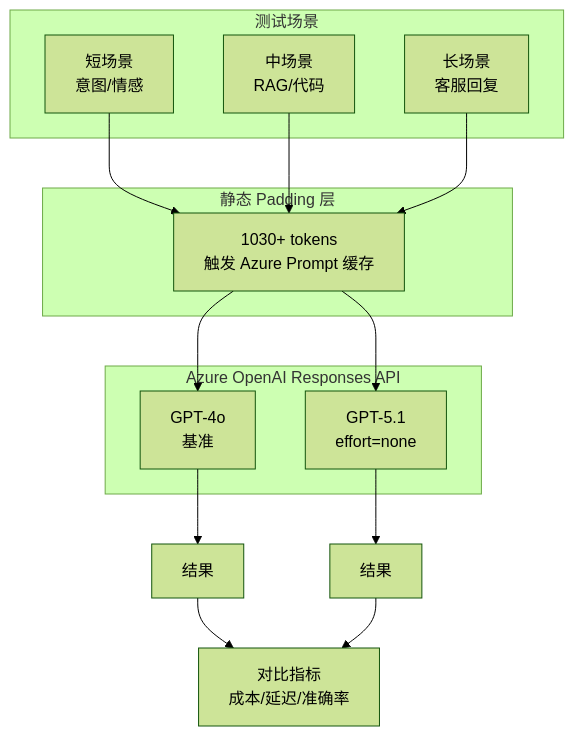
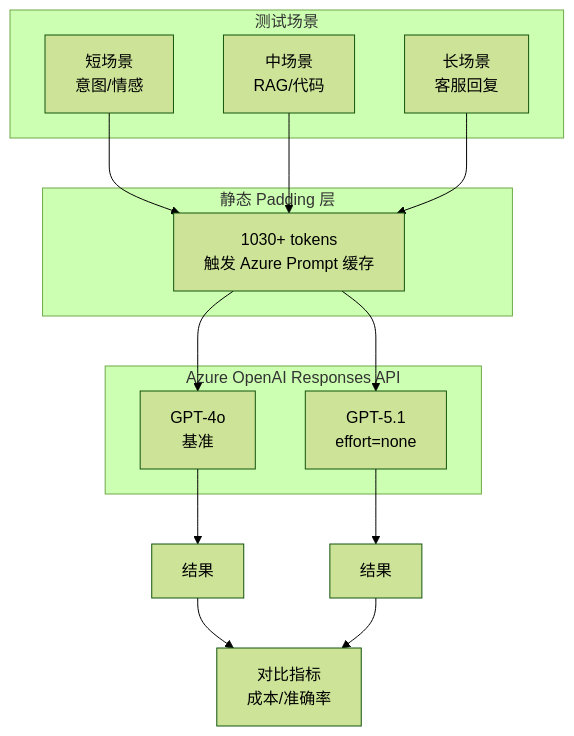
One commit to david-xinyuwei/david-share changed the diagram in Agents/gpt4o-to-gpt51-migration/README-CN.md. Above: the diagram before and after it, drawn with Mermaid (forest theme). The commit also changed other lines of this file and 4 other files, not shown here.

````diff
--- a/Agents/gpt4o-to-gpt51-migration/README-CN.md
+++ b/Agents/gpt4o-to-gpt51-migration/README-CN.md
@@ -34,28 +31,28 @@
 ```mermaid
 flowchart TB
     subgraph Scenarios[测试场景]
         S1[短场景<br/>意图/情感]
         S2[中场景<br/>RAG/代码]
         S3[长场景<br/>客服回复]
     end
-    
+
     subgraph Padding[静态 Padding 层]
         P[1030+ tokens<br/>触发 Azure Prompt 缓存]
     end
-    
+
     subgraph API[Azure OpenAI Responses API]
         G4[GPT-4o<br/>基准]
         G5[GPT-5.1<br/>effort=none]
     end
-    
+
     S1 --> P
     S2 --> P
     S3 --> P
     P --> G4
     P --> G5
-    
+
     G4 --> R1[结果]
     G5 --> R2[结果]
-    R1 --> Compare[对比指标<br/>成本/延迟/准确率]
+    R1 --> Compare[对比指标<br/>成本/准确率]
     R2 --> Compare
 ```
````
